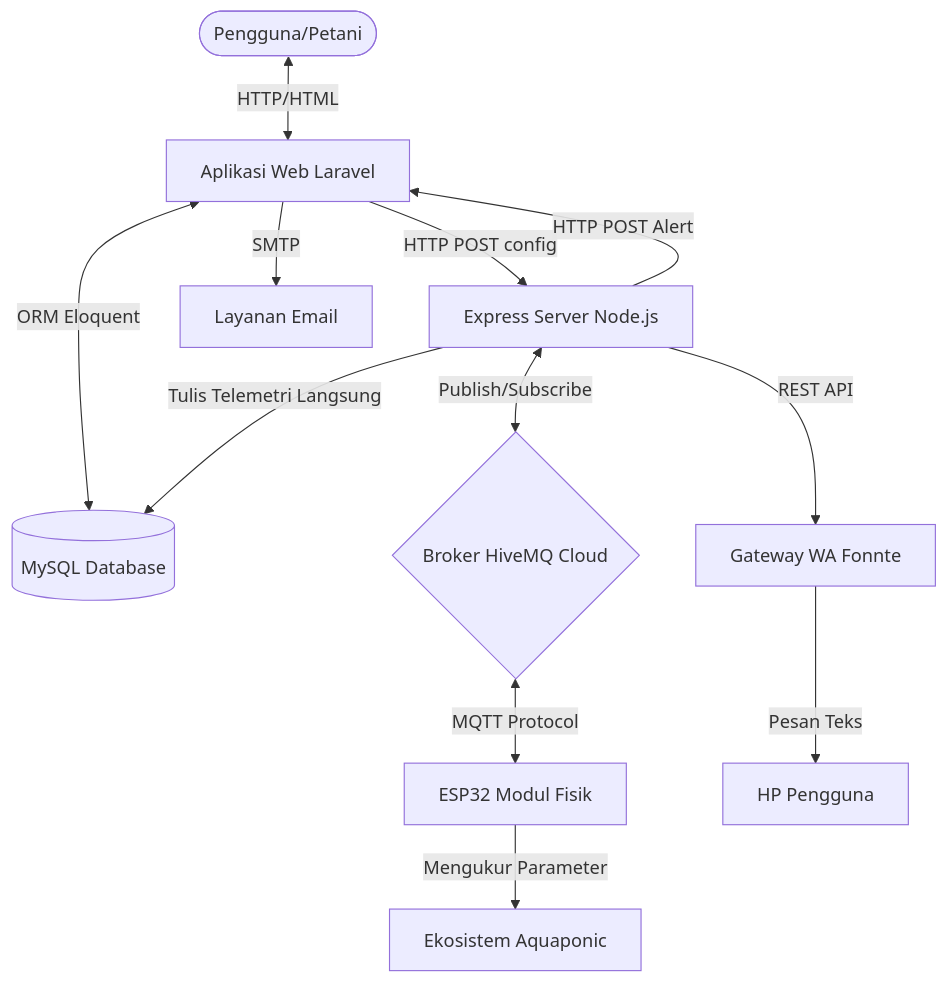
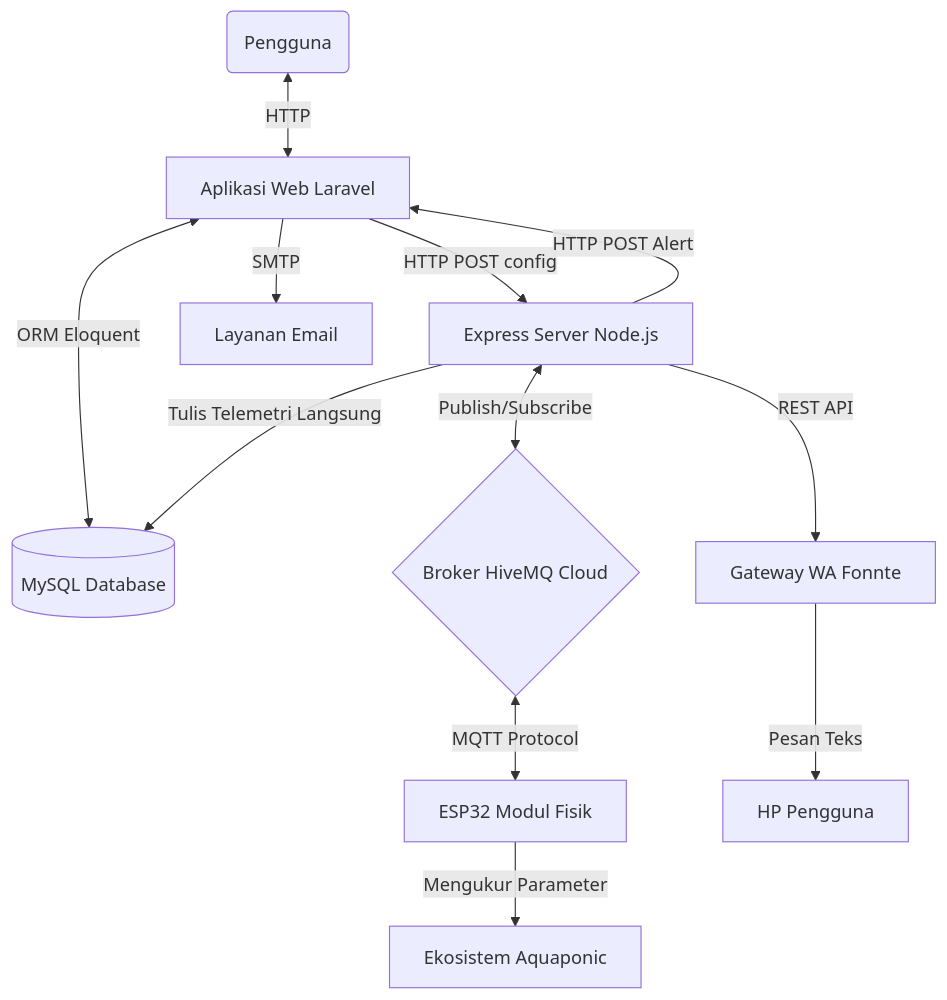
The diagram in README.md (daffafairuz/skripsi), drawn with Mermaid before and after one commit.

Commit message:
documentation in readme.md

````diff
--- a/README.md
+++ b/README.md
@@ -433,14 +433,14 @@
 ```mermaid
 graph TD
-    User([Pengguna/Petani]) <--> |HTTP/HTML| Laravel[Aplikasi Web Laravel]
+    User(Pengguna) <--> |HTTP| Laravel[Aplikasi Web Laravel]
     Laravel <--> |ORM Eloquent| MySQL[(MySQL Database)]
     Laravel --> |HTTP POST config| Express[Express Server Node.js]
     Express <--> |Publish/Subscribe| HiveMQ{Broker HiveMQ Cloud}
     HiveMQ <--> |MQTT Protocol| ESP32[ESP32 Modul Fisik]
     ESP32 --> |Mengukur Parameter| Lingkungan[Ekosistem Aquaponic]
     Express --> |Tulis Telemetri Langsung| MySQL
     Express --> |HTTP POST Alert| Laravel
     Laravel --> |SMTP| Email[Layanan Email]
     Express --> |REST API| Fonnte[Gateway WA Fonnte]
     Fonnte --> |Pesan Teks| WhatsApp[HP Pengguna]
 ```
````
